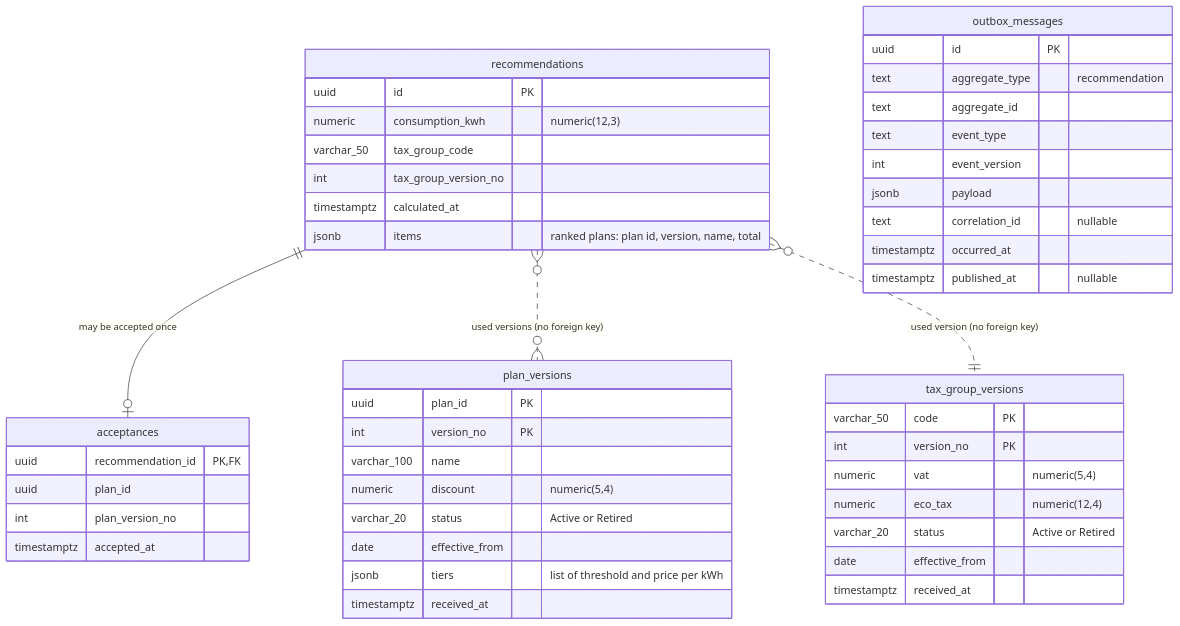
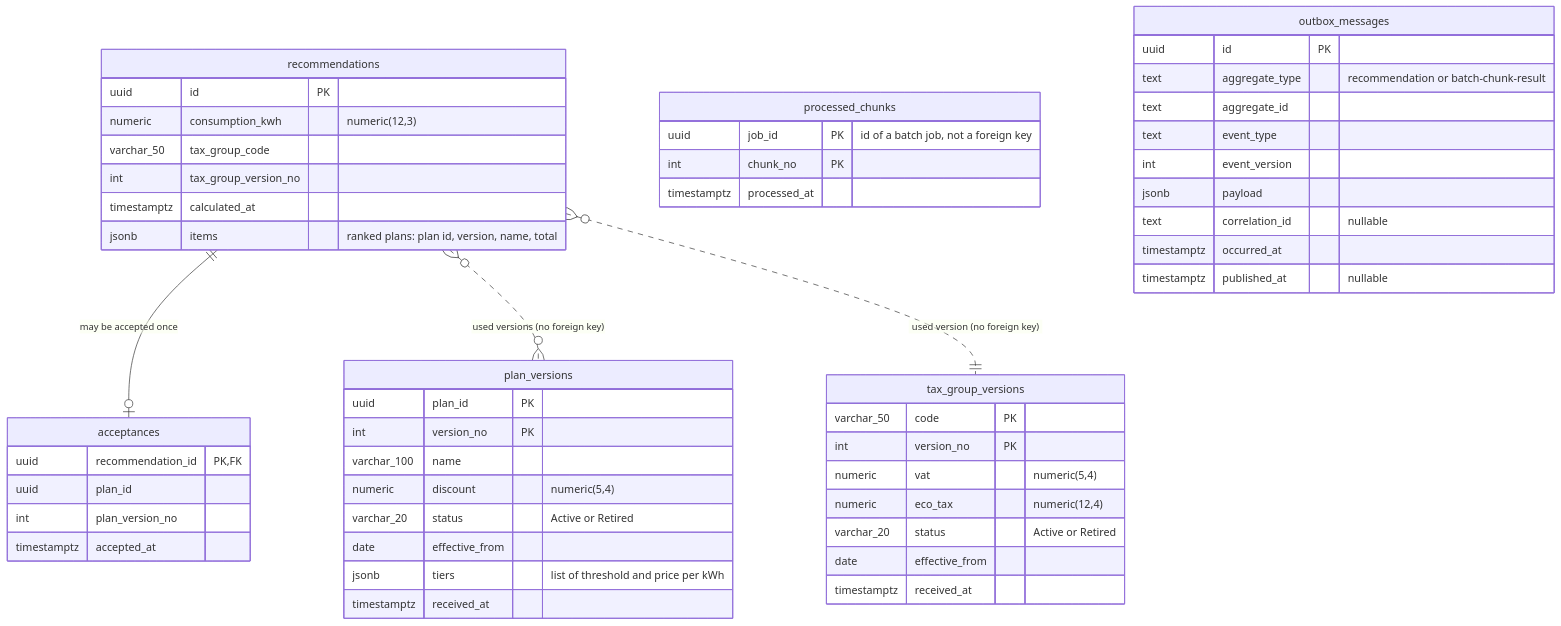
Before and after one commit to bratsale/gridwise: the second of 3 diagrams in docs/architecture/data-model.md, drawn with Mermaid. The commit also changed other lines of this file and 2 other files, not shown here.

Commit message:
docs: add the batch service to the architecture diagrams

````diff
--- a/docs/architecture/data-model.md
+++ b/docs/architecture/data-model.md
@@ -90,51 +90,56 @@
 ```mermaid
 erDiagram
     recommendations ||--o| acceptances : "may be accepted once"
     recommendations }o..o{ plan_versions : "used versions (no foreign key)"
     recommendations }o..|| tax_group_versions : "used version (no foreign key)"
 
     plan_versions {
         uuid plan_id PK
         int version_no PK
         varchar_100 name
         numeric discount "numeric(5,4)"
         varchar_20 status "Active or Retired"
         date effective_from
         jsonb tiers "list of threshold and price per kWh"
         timestamptz received_at
     }
     tax_group_versions {
         varchar_50 code PK
         int version_no PK
         numeric vat "numeric(5,4)"
         numeric eco_tax "numeric(12,4)"
         varchar_20 status "Active or Retired"
         date effective_from
         timestamptz received_at
     }
     recommendations {
         uuid id PK
         numeric consumption_kwh "numeric(12,3)"
         varchar_50 tax_group_code
         int tax_group_version_no
         timestamptz calculated_at
         jsonb items "ranked plans: plan id, version, name, total"
     }
     acceptances {
         uuid recommendation_id PK, FK
         uuid plan_id
         int plan_version_no
         timestamptz accepted_at
     }
+    processed_chunks {
+        uuid job_id PK "id of a batch job, not a foreign key"
+        int chunk_no PK
+        timestamptz processed_at
+    }
     outbox_messages {
         uuid id PK
-        text aggregate_type "recommendation"
+        text aggregate_type "recommendation or batch-chunk-result"
         text aggregate_id
         text event_type
         int event_version
         jsonb payload
         text correlation_id "nullable"
         timestamptz occurred_at
         timestamptz published_at "nullable"
     }
 ```
````
